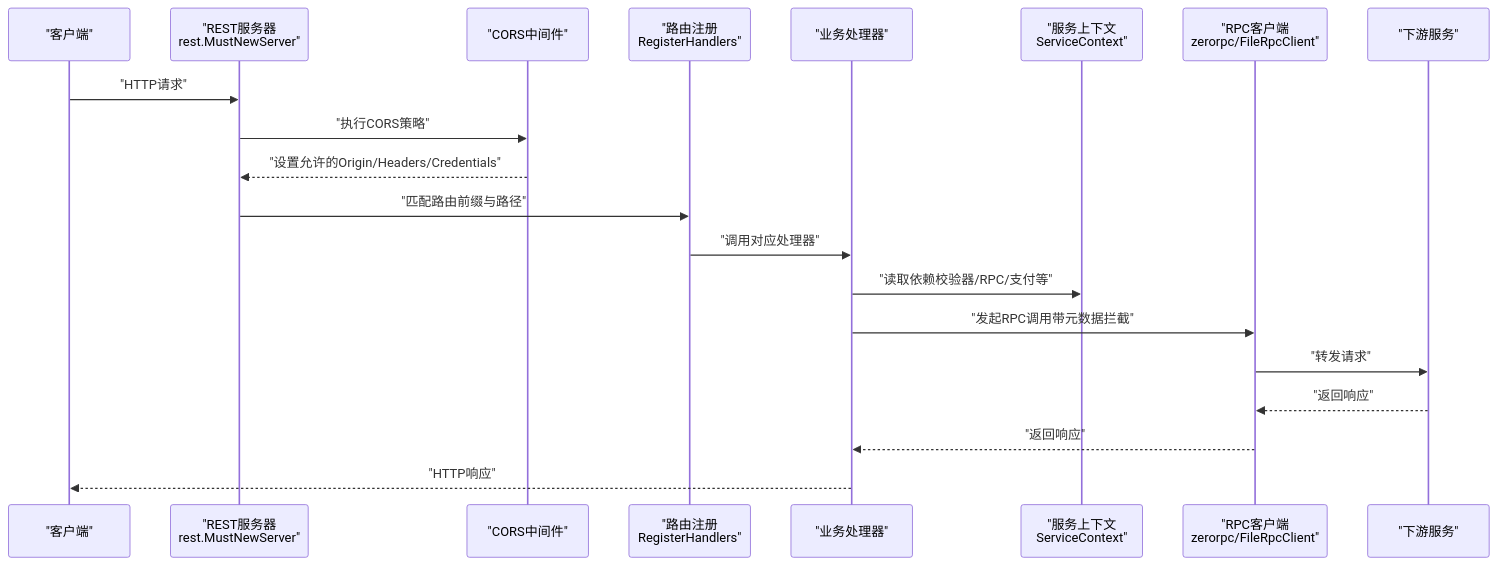
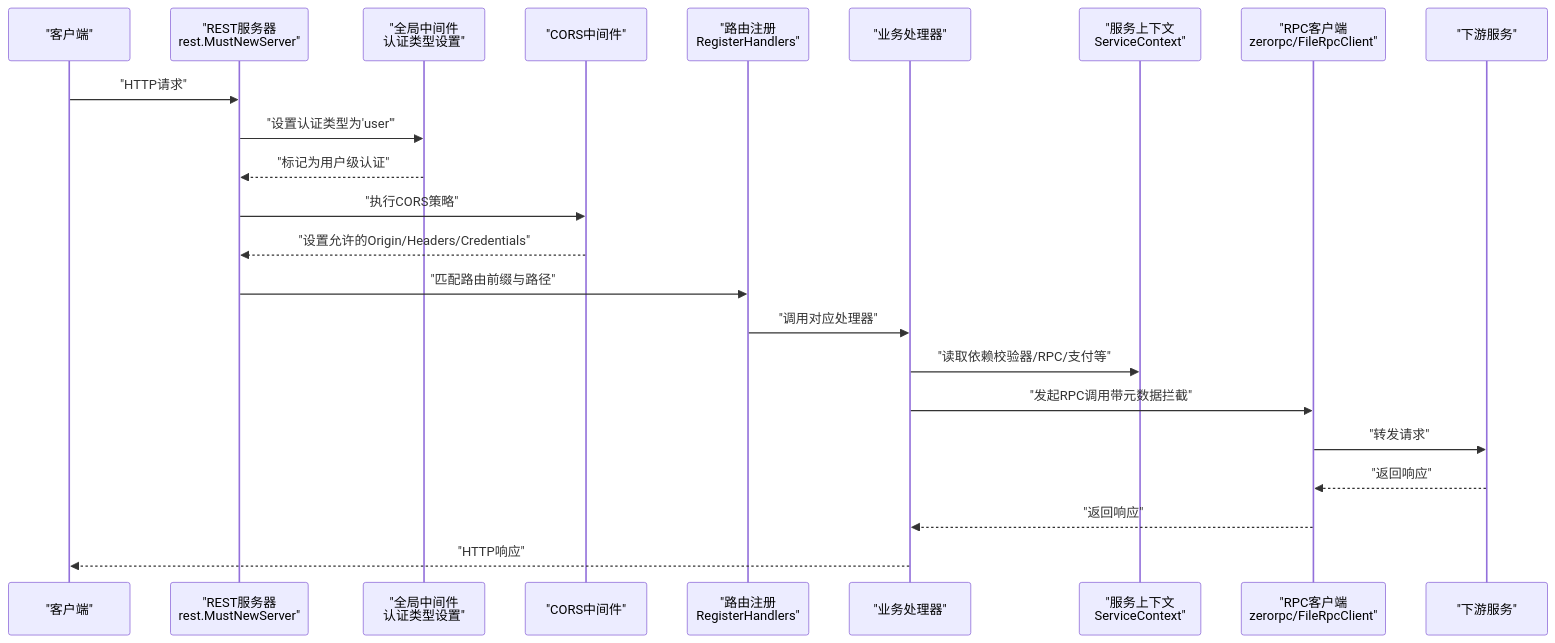
One commit to maomao94/zero-service changed the second of 9 diagrams in .qoder/repowiki/zh/content/网关与接口/BFF网关/网关架构设计.md. Above: the diagram before and after it, drawn with Mermaid. The commit also changed other lines of this file and 7 other files, not shown here.

````diff
--- a/.qoder/repowiki/zh/content/网关与接口/BFF网关/网关架构设计.md
+++ b/.qoder/repowiki/zh/content/网关与接口/BFF网关/网关架构设计.md
@@ -79,22 +95,25 @@
 ```mermaid
 sequenceDiagram
 participant Client as "客户端"
 participant REST as "REST服务器<br/>rest.MustNewServer"
+participant GlobalMW as "全局中间件<br/>认证类型设置"
 participant CORS as "CORS中间件"
 participant Router as "路由注册<br/>RegisterHandlers"
 participant Handler as "业务处理器"
 participant Svc as "服务上下文<br/>ServiceContext"
 participant ZRPC as "RPC客户端<br/>zerorpc/FileRpcClient"
 participant Downstream as "下游服务"
 Client->>REST : "HTTP请求"
+REST->>GlobalMW : "设置认证类型为'user'"
+GlobalMW-->>REST : "标记为用户级认证"
 REST->>CORS : "执行CORS策略"
 CORS-->>REST : "设置允许的Origin/Headers/Credentials"
 REST->>Router : "匹配路由前缀与路径"
 Router->>Handler : "调用对应处理器"
 Handler->>Svc : "读取依赖校验器/RPC/支付等"
 Handler->>ZRPC : "发起RPC调用带元数据拦截"
 ZRPC->>Downstream : "转发请求"
 Downstream-->>ZRPC : "返回响应"
 ZRPC-->>Handler : "返回响应"
 Handler-->>Client : "HTTP响应"
 ```
````
